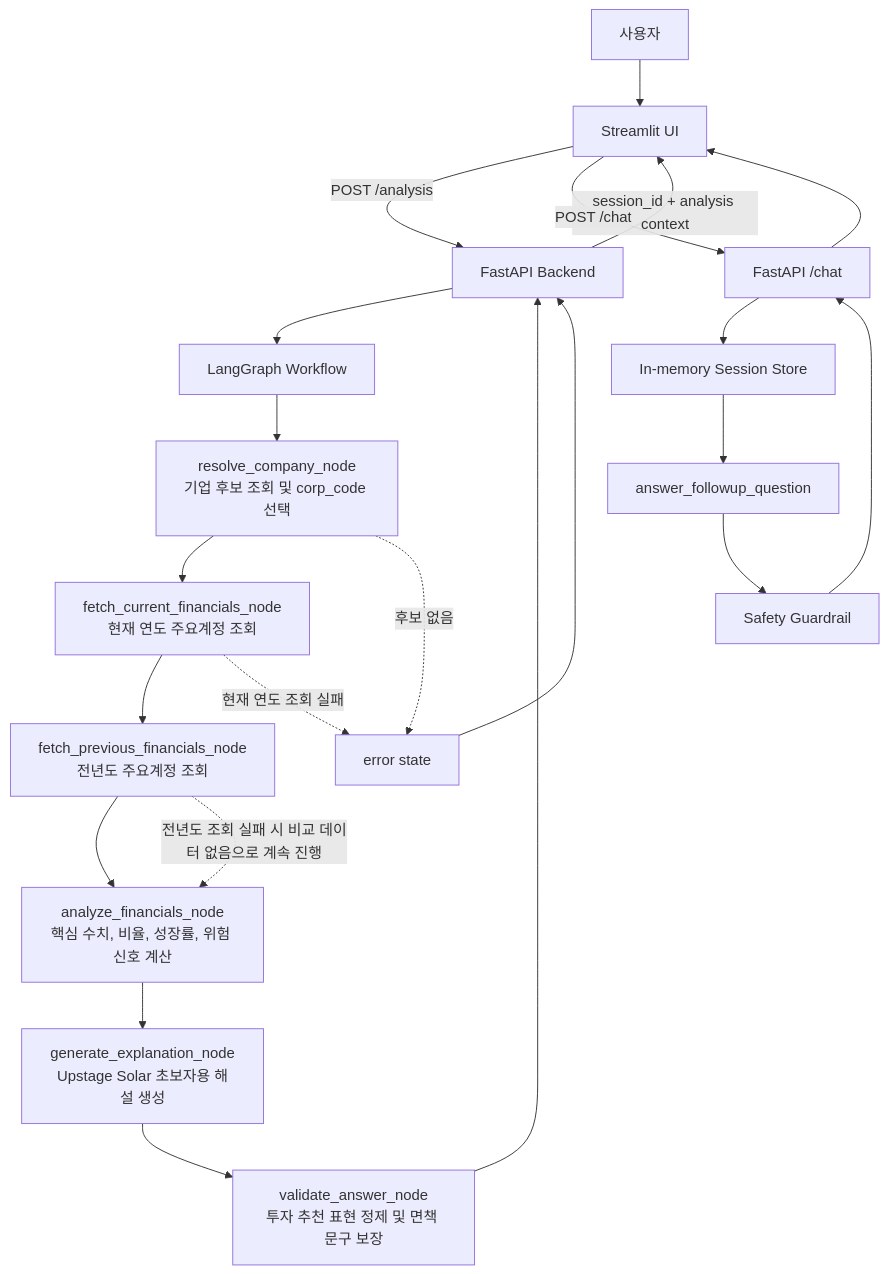
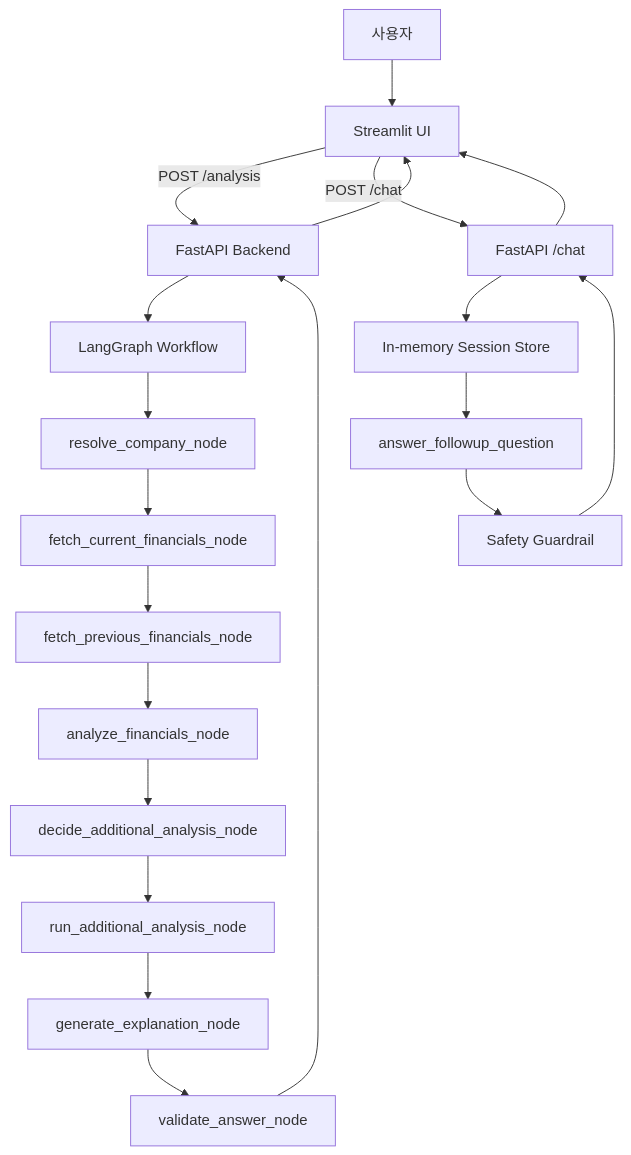
Before and after one commit to sanghyeon1225/asm-team18-ai-study: the diagram in README.md, drawn with Mermaid. The commit also changed other lines of this file and 1 other file, not shown here.

````diff
--- a/README.md
+++ b/README.md
@@ -130,27 +123,24 @@
 ```mermaid
 flowchart TD
     U[사용자] --> UI[Streamlit UI]
     UI -->|POST /analysis| API[FastAPI Backend]
     API --> WF[LangGraph Workflow]
 
-    WF --> A[resolve_company_node<br/>기업 후보 조회 및 corp_code 선택]
-    A --> B[fetch_current_financials_node<br/>현재 연도 주요계정 조회]
-    B --> C[fetch_previous_financials_node<br/>전년도 주요계정 조회]
-    C --> D[analyze_financials_node<br/>핵심 수치, 비율, 성장률, 위험 신호 계산]
-    D --> E[generate_explanation_node<br/>Upstage Solar 초보자용 해설 생성]
-    E --> F[validate_answer_node<br/>투자 추천 표현 정제 및 면책 문구 보장]
-    F --> API
-    API -->|session_id + analysis context| UI
-
-    C -.전년도 조회 실패 시 비교 데이터 없음으로 계속 진행.-> D
-    A -.후보 없음.-> ERR[error state]
-    B -.현재 연도 조회 실패.-> ERR
-    ERR --> API
+    WF --> A[resolve_company_node]
+    A --> B[fetch_current_financials_node]
+    B --> C[fetch_previous_financials_node]
+    C --> D[analyze_financials_node]
+    D --> E[decide_additional_analysis_node]
+    E --> F[run_additional_analysis_node]
+    F --> G[generate_explanation_node]
+    G --> H[validate_answer_node]
+    H --> API
+    API --> UI
 
     UI -->|POST /chat| CHAT[FastAPI /chat]
     CHAT --> STORE[In-memory Session Store]
     STORE --> LLM[answer_followup_question]
     LLM --> SAFE[Safety Guardrail]
     SAFE --> CHAT
     CHAT --> UI
 ```
````
